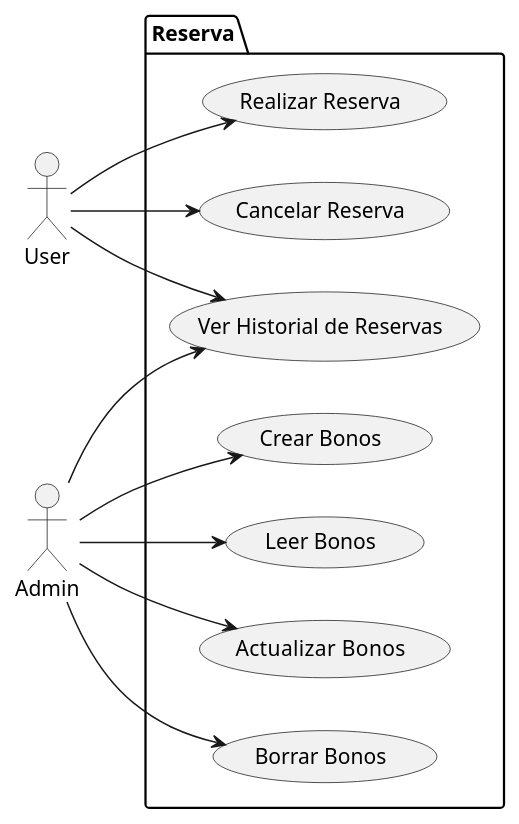
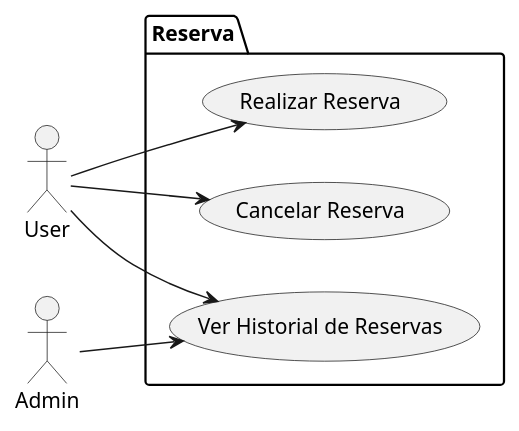
Before and after one commit to pablarce/23-24-IdSw1-SDR: the diagram in CasosDeUso/CasosDeUso/Reserva.puml, drawn with PlantUML. The commit also changed 4 other files, not shown here.

```diff
--- a/CasosDeUso/CasosDeUso/Reserva.puml
+++ b/CasosDeUso/CasosDeUso/Reserva.puml
@@ -1,34 +1,27 @@
 @startuml
 
 left to right direction
 
 actor User as U
 actor Admin as A
 
 
 package Reserva{
 
     usecase "Realizar Reserva" as UC1
     usecase "Cancelar Reserva" as UC2
     usecase "Ver Historial de Reservas" as UC3
-    usecase "Crear Bonos" as UC4
-    usecase "Leer Bonos" as UC5
-    usecase "Actualizar  Bonos" as UC6
-    usecase "Borrar Bonos" as UC7
 }
 
 U --> UC1
 U -->UC2
 U -->UC3
 
 A-->UC3
-A --> UC4
-A --> UC5
-A --> UC6
-A --> UC7
+
 
 
 
 
 
 @enduml
```
